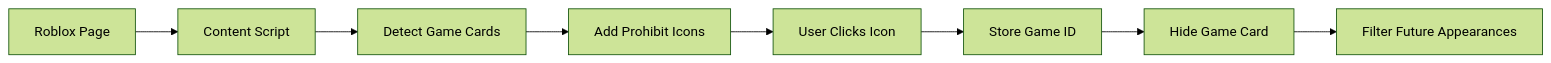
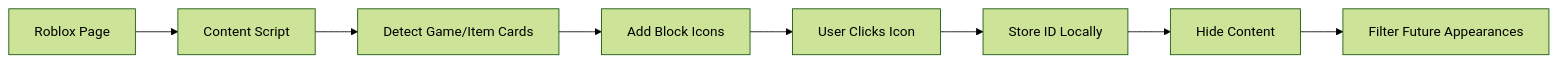
Before and after one commit to mireyacs/roblox-recommendation-block: the diagram in README.md, drawn with Mermaid (forest theme). The commit also changed other lines of this file and 25 other files, not shown here.

````diff
--- a/README.md
+++ b/README.md
@@ -163,10 +184,10 @@
 ```mermaid
 graph LR
     A[Roblox Page] --> B[Content Script]
-    B --> C[Detect Game Cards]
-    C --> D[Add Prohibit Icons]
+    B --> C[Detect Game/Item Cards]
+    C --> D[Add Block Icons]
     D --> E[User Clicks Icon]
-    E --> F[Store Game ID]
-    F --> G[Hide Game Card]
+    E --> F[Store ID Locally]
+    F --> G[Hide Content]
     G --> H[Filter Future Appearances]
 ```
````
